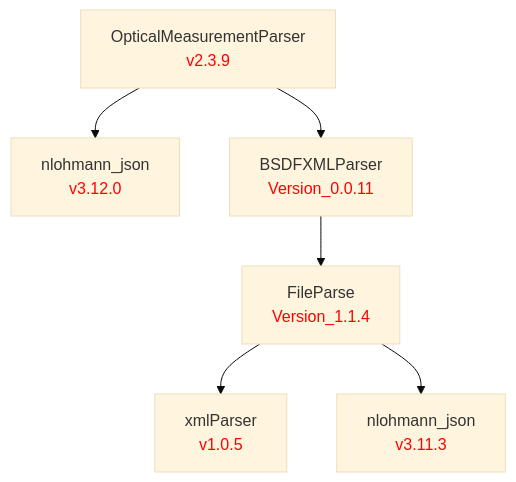
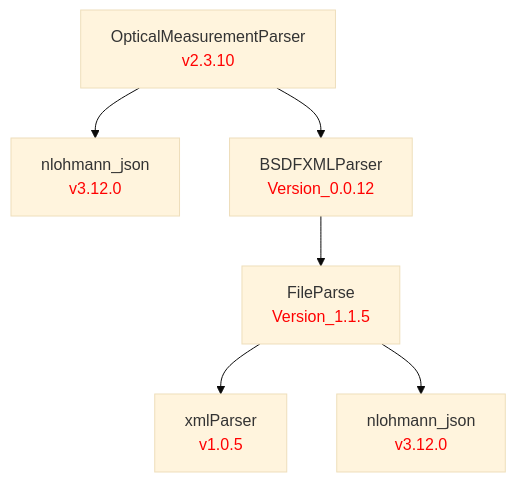
One commit to LBNL-ETA/OpticalMeasurementParser changed the diagram in doc/OpticalMeasurementParser.md. Above: the diagram before and after it, drawn with Mermaid (base theme). The commit also changed 3 other files, not shown here.

Commit message:
Bump to v2.3.10; BSDFXMLParser Version_0.0.12, googletest 1.17.0; refresh dep chart

````diff
--- a/doc/OpticalMeasurementParser.md
+++ b/doc/OpticalMeasurementParser.md
@@ -1,17 +1,17 @@
 ```mermaid
 graph TD
     %% Package definitions
     xmlParser[xmlParser<br/><font color='red'>v1.0.5</font>]
-    nlohmann_json_fileparse[nlohmann_json<br/><font color='red'>v3.11.3</font>]
+    nlohmann_json_fileparse[nlohmann_json<br/><font color='red'>v3.12.0</font>]
     nlohmann_json[nlohmann_json<br/><font color='red'>v3.12.0</font>]
-    FileParse[FileParse<br/><font color='red'>Version_1.1.4</font>]
-    BSDFXMLParser[BSDFXMLParser<br/><font color='red'>Version_0.0.11</font>]
-    OpticalMeasurementParser[OpticalMeasurementParser<br/><font color='red'>v2.3.9</font>]
+    FileParse[FileParse<br/><font color='red'>Version_1.1.5</font>]
+    BSDFXMLParser[BSDFXMLParser<br/><font color='red'>Version_0.0.12</font>]
+    OpticalMeasurementParser[OpticalMeasurementParser<br/><font color='red'>v2.3.10</font>]
 
     %% Package relations
     OpticalMeasurementParser --> nlohmann_json
     OpticalMeasurementParser --> BSDFXMLParser
     BSDFXMLParser --> FileParse
     FileParse --> xmlParser
     FileParse --> nlohmann_json_fileparse
 ```
````
